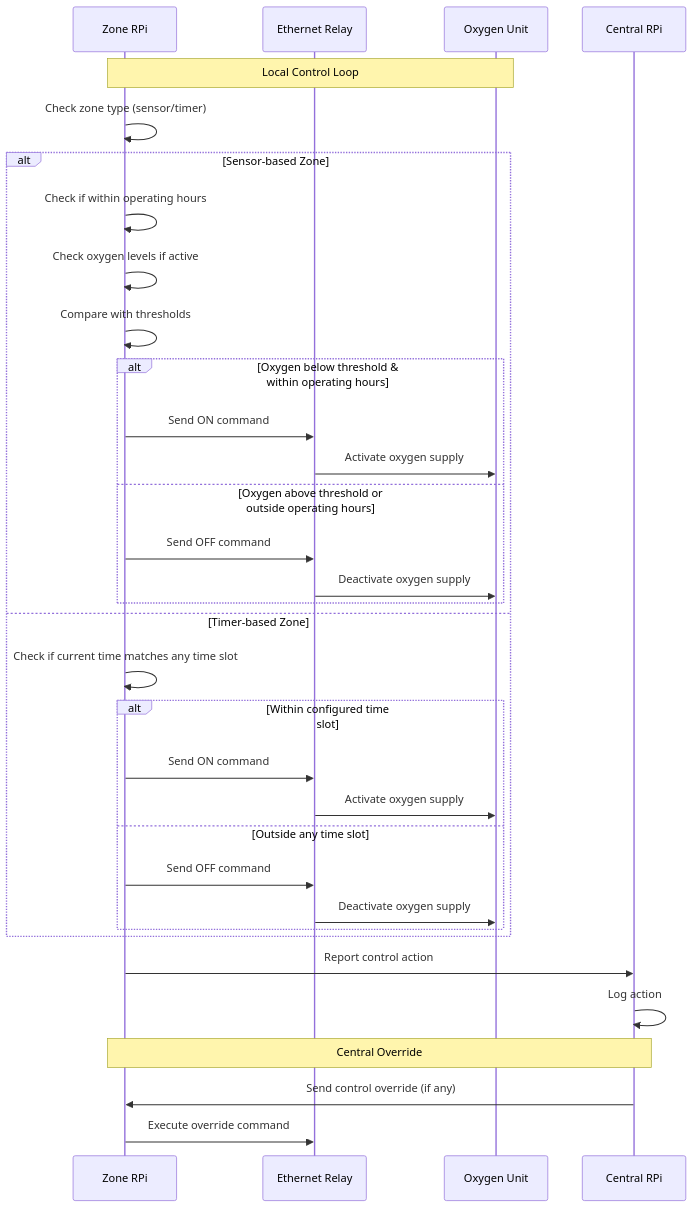
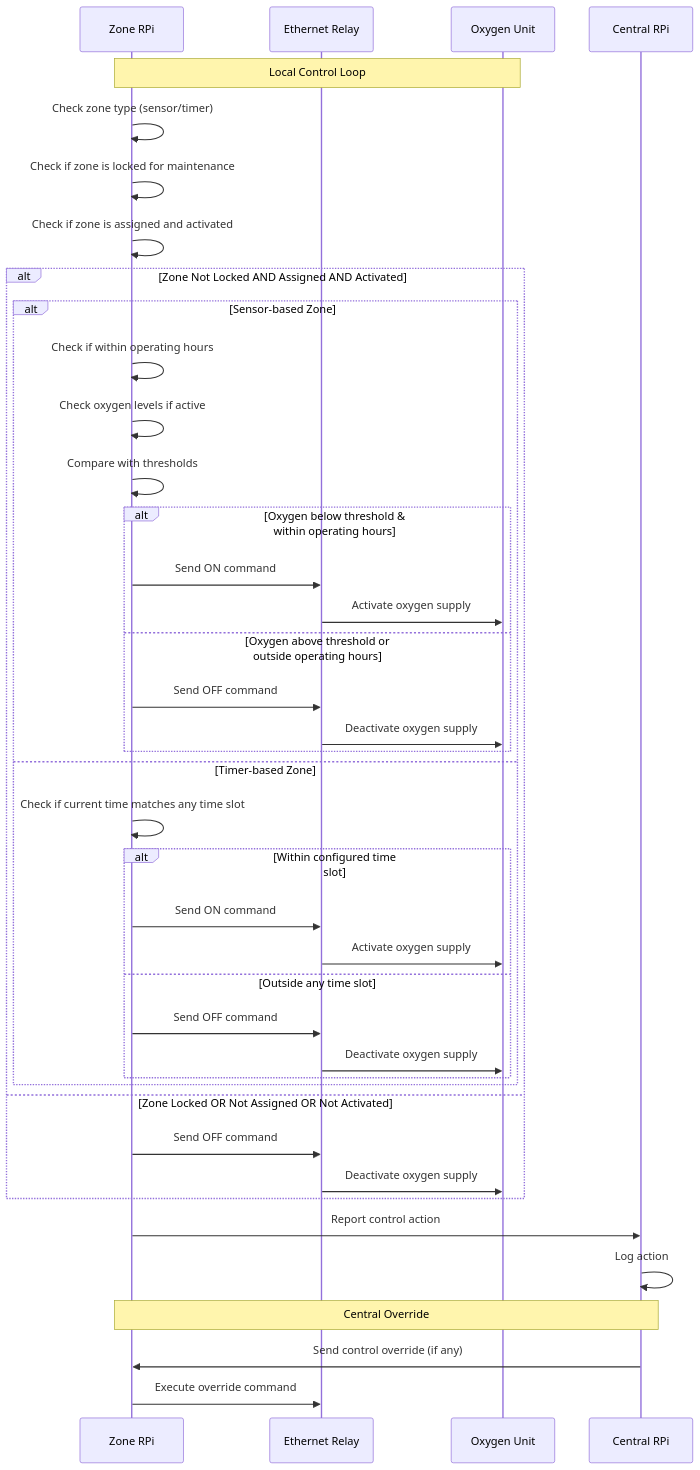
Before and after one commit to adityatripathi05/Oxygen-Enrichment-System: the sixth of 8 diagrams in docs/design_plan.md, drawn with Mermaid. The commit also changed other lines of this file, not shown here.

````diff
--- a/docs/design_plan.md
+++ b/docs/design_plan.md
@@ -487,41 +536,48 @@
 ```mermaid
 sequenceDiagram
     participant ZRP as Zone RPi
     participant ER as Ethernet Relay
     participant OU as Oxygen Unit
     participant CRP as Central RPi
     
     Note over ZRP,OU: Local Control Loop
     ZRP->>ZRP: Check zone type (sensor/timer)
+    ZRP->>ZRP: Check if zone is locked for maintenance
+    ZRP->>ZRP: Check if zone is assigned and activated
     
-    alt Sensor-based Zone
-        ZRP->>ZRP: Check if within operating hours
-        ZRP->>ZRP: Check oxygen levels if active
-        ZRP->>ZRP: Compare with thresholds
-        
-        alt Oxygen below threshold & within operating hours
-            ZRP->>ER: Send ON command
-            ER->>OU: Activate oxygen supply
-        else Oxygen above threshold or outside operating hours
-            ZRP->>ER: Send OFF command
-            ER->>OU: Deactivate oxygen supply
+    alt Zone Not Locked AND Assigned AND Activated
+        alt Sensor-based Zone
+            ZRP->>ZRP: Check if within operating hours
+            ZRP->>ZRP: Check oxygen levels if active
+            ZRP->>ZRP: Compare with thresholds
+            
+            alt Oxygen below threshold & within operating hours
+                ZRP->>ER: Send ON command
+                ER->>OU: Activate oxygen supply
+            else Oxygen above threshold or outside operating hours
+                ZRP->>ER: Send OFF command
+                ER->>OU: Deactivate oxygen supply
+            end
+        else Timer-based Zone
+            ZRP->>ZRP: Check if current time matches any time slot
+            
+            alt Within configured time slot
+                ZRP->>ER: Send ON command
+                ER->>OU: Activate oxygen supply
+            else Outside any time slot
+                ZRP->>ER: Send OFF command
+                ER->>OU: Deactivate oxygen supply
+            end
         end
-    else Timer-based Zone
-        ZRP->>ZRP: Check if current time matches any time slot
-        
-        alt Within configured time slot
-            ZRP->>ER: Send ON command
-            ER->>OU: Activate oxygen supply
-        else Outside any time slot
-            ZRP->>ER: Send OFF command
-            ER->>OU: Deactivate oxygen supply
-        end
+    else Zone Locked OR Not Assigned OR Not Activated
+        ZRP->>ER: Send OFF command
+        ER->>OU: Deactivate oxygen supply
     end
     
     ZRP->>CRP: Report control action
     CRP->>CRP: Log action
     
     Note over CRP,ZRP: Central Override
     CRP->>ZRP: Send control override (if any)
     ZRP->>ER: Execute override command
 ```
````
